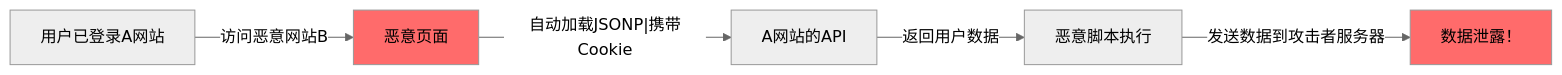
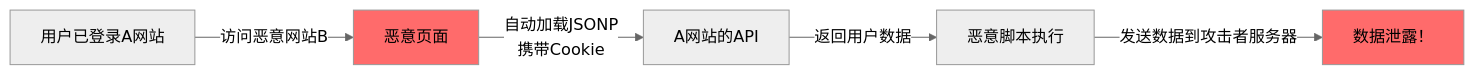
Before and after one commit to before80/prgms: diagram 15 of 31 in content/Js/basic/Chapter-38-web-security.md, drawn with Mermaid (neutral theme). The commit also changed other lines of this file and 1645 other files, not shown here.

````diff
--- a/content/Js/basic/Chapter-38-web-security.md
+++ b/content/Js/basic/Chapter-38-web-security.md
@@ -1277,9 +1277,9 @@
 ```mermaid
 graph LR
     A["用户已登录A网站"] -->|"访问恶意网站B"| B["恶意页面"]
-    B -->|"自动加载JSONP|携带Cookie"| C["A网站的API"]
+    B -->|"自动加载JSONP<br/>携带Cookie"| C["A网站的API"]
     C -->|"返回用户数据"| D["恶意脚本执行"]
     D -->|"发送数据到攻击者服务器"| E["数据泄露！"]
     style B fill:#ff6b6b
     style E fill:#ff6b6b
 ```
````
